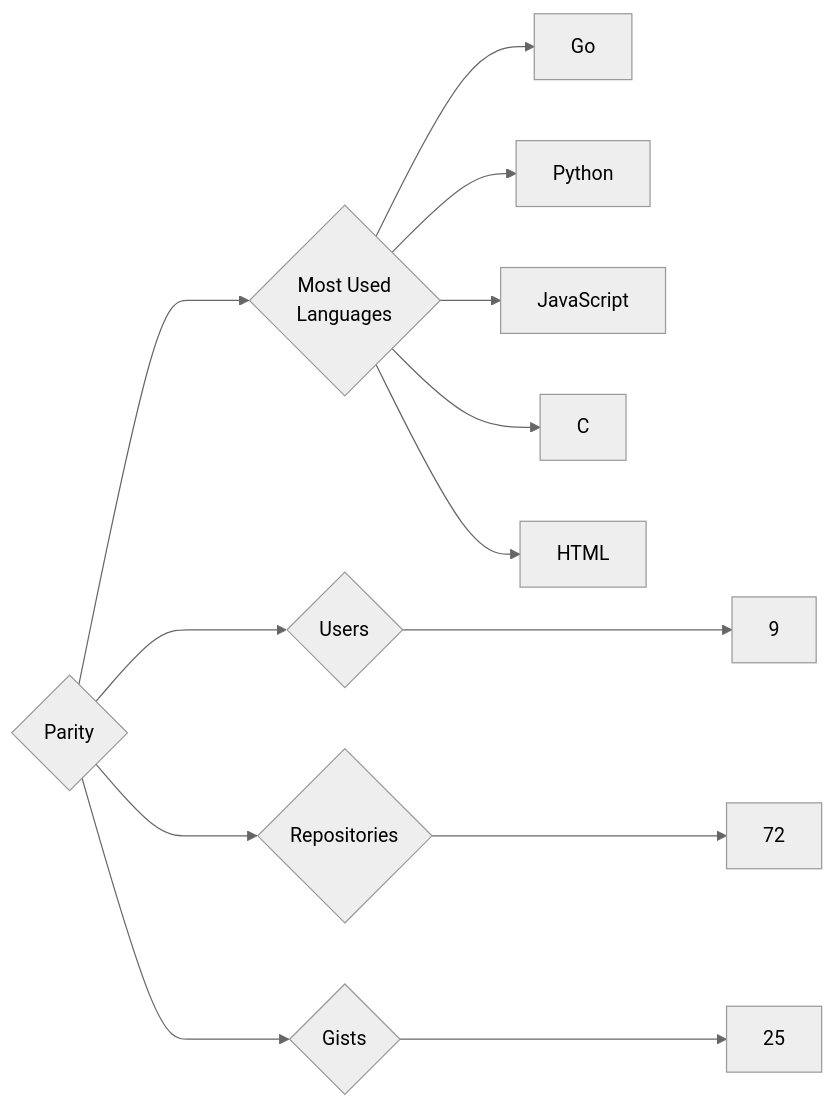
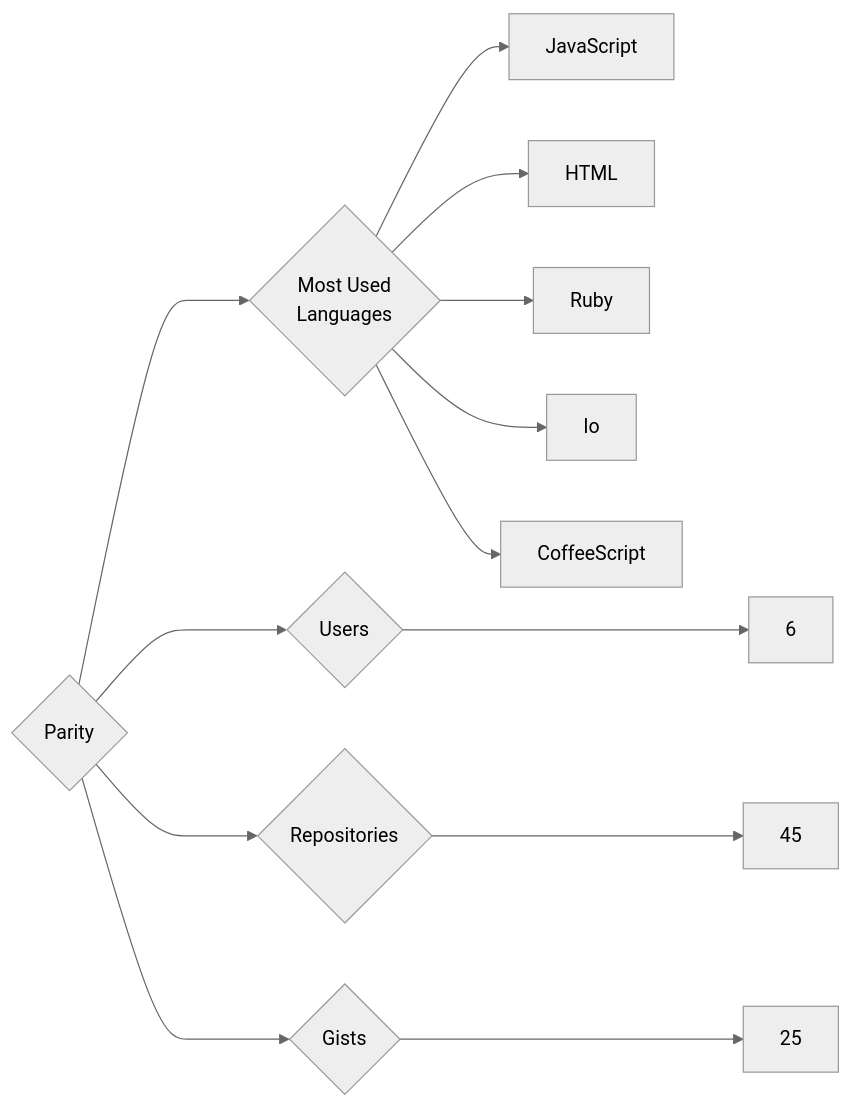
One commit to trickest/insiders changed the diagram in targets/Parity/README.md. Above: the diagram before and after it, drawn with Mermaid (neutral theme). The commit also changed 1248 other files, not shown here.

````diff
--- a/targets/Parity/README.md
+++ b/targets/Parity/README.md
@@ -3,13 +3,13 @@
 ```mermaid
 graph LR
 COMPANY_NAME{Parity}
-COMPANY_NAME ---> U{Users} ---> UN[9]
-COMPANY_NAME ---> R{Repositories} ---> RN[72]
+COMPANY_NAME ---> U{Users} ---> UN[6]
+COMPANY_NAME ---> R{Repositories} ---> RN[45]
 COMPANY_NAME ---> G{Gists} ---> GN[25]
 COMPANY_NAME ---> ML{Most Used<br>Languages}
-ML --> Go[Go]
-ML --> Python[Python]
 ML --> JavaScript[JavaScript]
-ML --> C[C]
 ML --> HTML[HTML]
+ML --> Ruby[Ruby]
+ML --> Io[Io]
+ML --> CoffeeScript[CoffeeScript]
 ```
````
